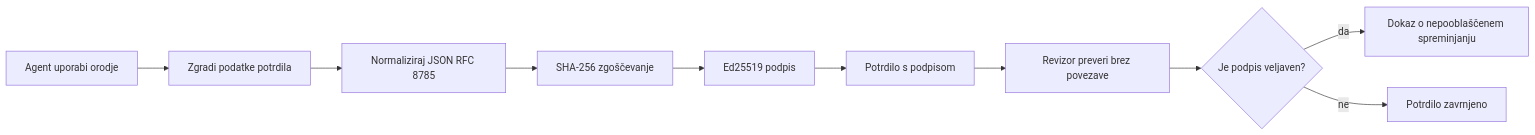
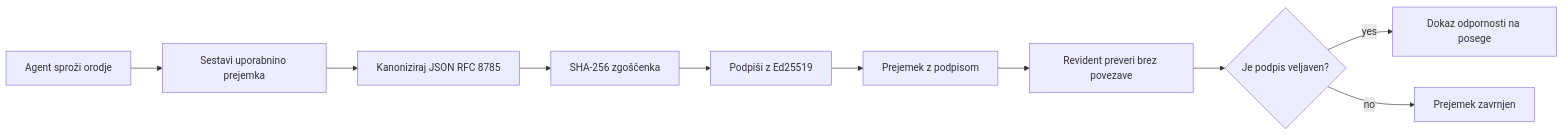
The first of 2 diagrams in mirrors/repos/microsoft@ai-agents-for-beginners/translations/sl/18-securing-ai-agents/README.md (gabrielmoreira/agent-skills-mirror), drawn with Mermaid before and after one commit. The commit also changed other lines of this file and 4482 other files, not shown here.

````diff
--- a/mirrors/repos/microsoft@ai-agents-for-beginners/translations/sl/18-securing-ai-agents/README.md
+++ b/mirrors/repos/microsoft@ai-agents-for-beginners/translations/sl/18-securing-ai-agents/README.md
@@ -51,12 +51,12 @@
 ```mermaid
 flowchart LR
-    A[Agent uporabi orodje] --> B[Zgradi podatke potrdila]
-    B --> C[Normaliziraj JSON RFC 8785]
-    C --> D[SHA-256 zgoščevanje]
-    D --> E[Ed25519 podpis]
-    E --> F[Potrdilo s podpisom]
-    F --> G[Revizor preveri brez povezave]
+    A[Agent sproži orodje] --> B[Sestavi uporabnino prejemka]
+    B --> C[Kanoniziraj JSON RFC 8785]
+    C --> D[SHA-256 zgoščenka]
+    D --> E[Podpiši z Ed25519]
+    E --> F[Prejemek z podpisom]
+    F --> G[Revident preveri brez povezave]
     G --> H{Je podpis veljaven?}
-    H -- da --> I[Dokaz o nepooblaščenem spreminjanju]
-    H -- ne --> J[Potrdilo zavrnjeno]
+    H -- yes --> I[Dokaz odpornosti na posege]
+    H -- no --> J[Prejemek zavrnjen]
 ```
````
